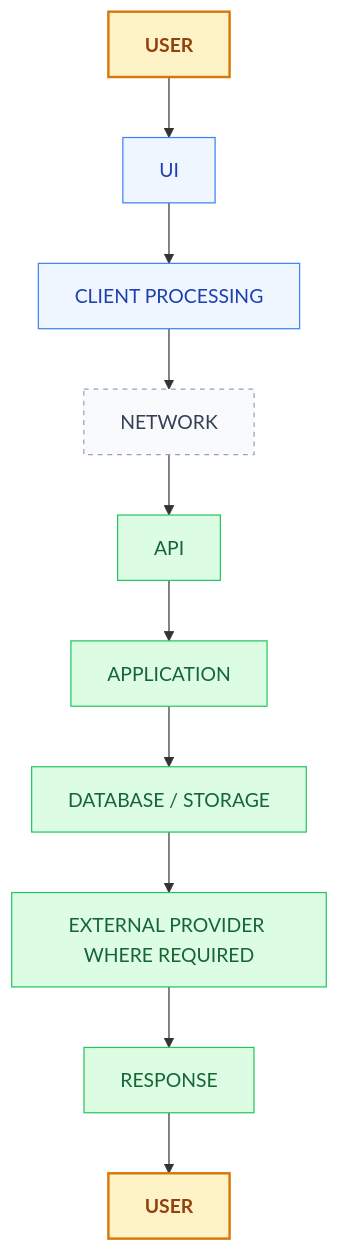
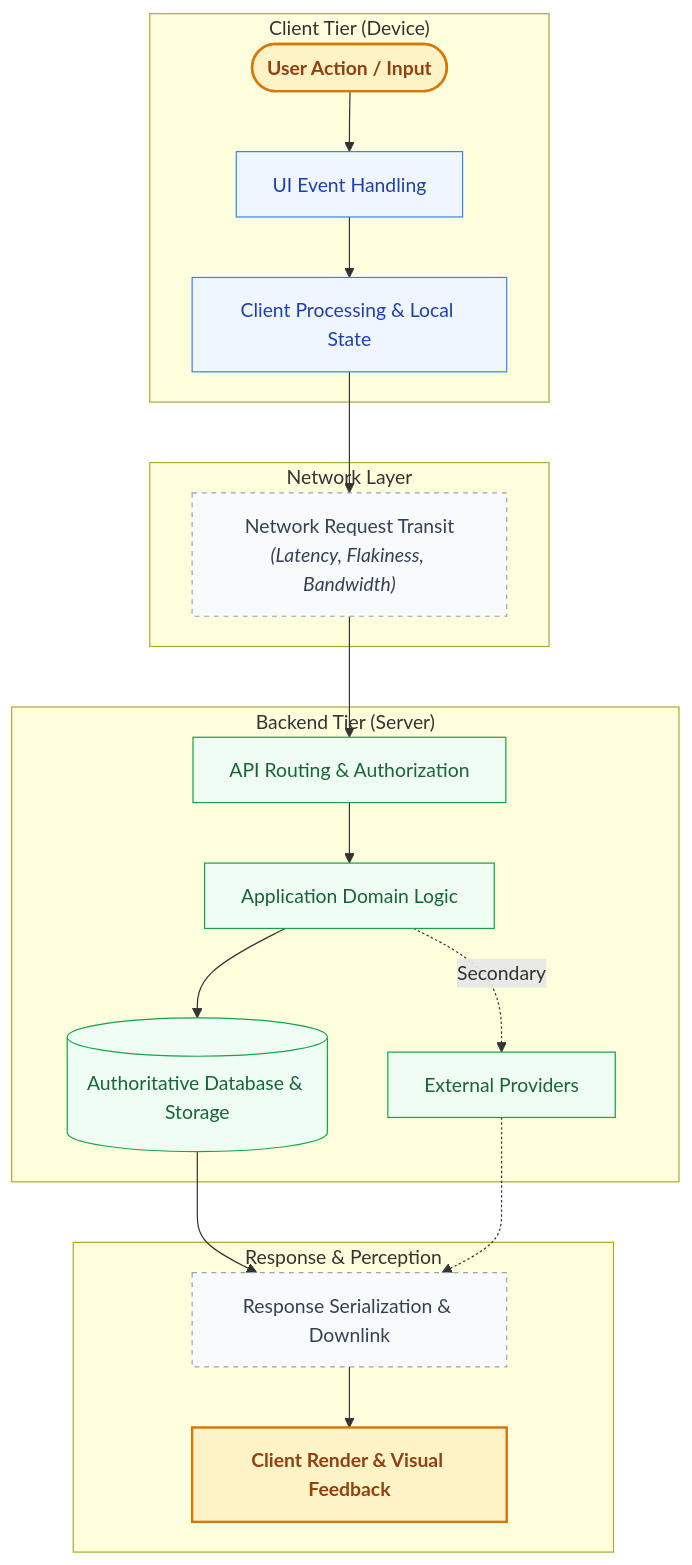
The first of 4 diagrams in docs/architecture/11-Performance-Reliability.md (davidalbertstark-lab/Lenar), drawn with Mermaid before and after one commit. The commit also changed other lines of this file and 28 other files, not shown here.

Commit message:
docs: system-wide diagram redesign for first-instance comprehension

````diff
--- a/docs/architecture/11-Performance-Reliability.md
+++ b/docs/architecture/11-Performance-Reliability.md
@@ -55,33 +57,29 @@
 ```mermaid
 flowchart TD
-    classDef actor fill:#fef3c7,stroke:#d97706,stroke-width:2px,color:#92400e,font-weight:bold
     classDef client fill:#eff6ff,stroke:#3b82f6,stroke-width:1px,color:#1e40af
     classDef network fill:#f8fafc,stroke:#94a3b8,stroke-width:1px,color:#334155,stroke-dasharray: 4 4
-    classDef server fill:#dcfce3,stroke:#22c55e,stroke-width:1px,color:#166534
+    classDef server fill:#f0fdf4,stroke:#16a34a,stroke-width:1px,color:#166534
+    classDef terminal fill:#fef3c7,stroke:#d97706,stroke-width:2px,color:#92400e,font-weight:bold
 
-    U[USER]
-    UI[UI]
-    CP[CLIENT PROCESSING]
-    NW[NETWORK]
-    API[API]
-    APP[APPLICATION]
-    DB[DATABASE / STORAGE]
-    EXT[EXTERNAL PROVIDER WHERE REQUIRED]
-    RES[RESPONSE]
-    U2[USER]
+    subgraph ClientTier["Client Tier (Device)"]
+        U(["User Action / Input"]):::terminal --> UI["UI Event Handling"]:::client
+        UI --> CP["Client Processing & Local State"]:::client
+    end
 
-    U --> UI
-    UI --> CP
-    CP --> NW
-    NW --> API
-    API --> APP
-    APP --> DB
-    DB --> EXT
-    EXT --> RES
-    RES --> U2
+    subgraph NetworkTier["Network Layer"]
+        CP --> NW["Network Request Transit<br/><i>(Latency, Flakiness, Bandwidth)</i>"]:::network
+    end
 
-    class U,U2 actor;
-    class UI,CP client;
-    class NW network;
-    class API,APP,DB,EXT,RES server;
+    subgraph ServerTier["Backend Tier (Server)"]
+        NW --> API["API Routing & Authorization"]:::server
+        API --> APP["Application Domain Logic"]:::server
+        APP --> DB[("Authoritative Database & Storage")]:::server
+        APP -.->|Secondary| EXT["External Providers"]:::server
+    end
+
+    subgraph ReturnTier["Response & Perception"]
+        DB --> RES["Response Serialization & Downlink"]:::network
+        EXT -.-> RES
+        RES --> RENDER["Client Render & Visual Feedback"]:::terminal
+    end
 ```
````
